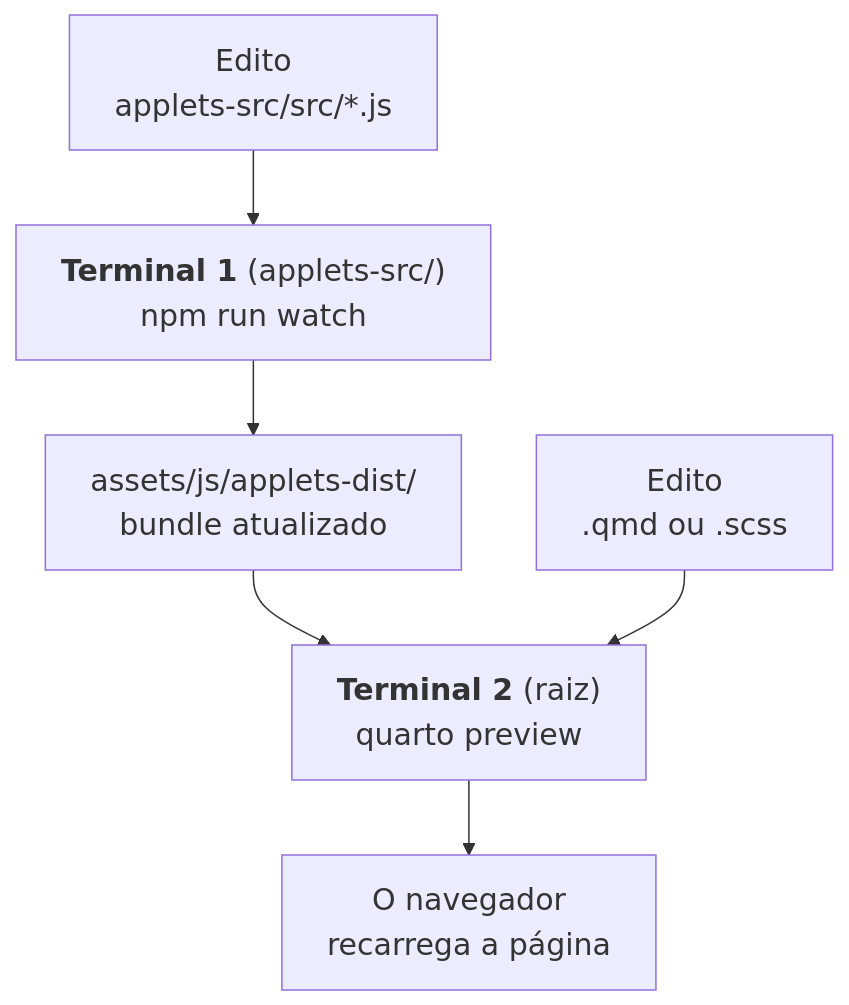
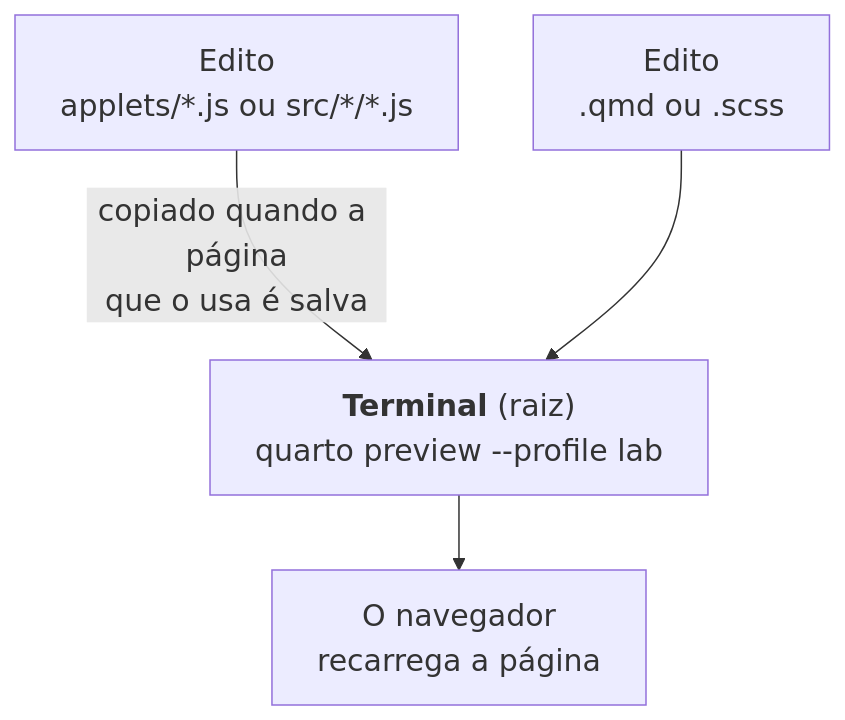
One commit to lcmerlo/livro-online-fcg changed the ninth of 9 diagrams in _interno/diretrizes/arquitetura.md. Above: the diagram before and after it, drawn with Mermaid. The commit also changed other lines of this file and 9 other files, not shown here.

````diff
--- a/_interno/diretrizes/arquitetura.md
+++ b/_interno/diretrizes/arquitetura.md
@@ -525,14 +494,12 @@
 ```mermaid
 %%{init: {"themeVariables": {"fontSize": "20px"}, "flowchart": {"wrappingWidth": 420}}}%%
 flowchart TD
-    edjs["Edito<br/>applets-src/src/*.js"]
-    w["<b>Terminal 1</b> (applets-src/)<br/>npm run watch"]
-    dist["assets/js/applets-dist/<br/>bundle atualizado"]
+    edjs["Edito<br/>applets/*.js ou src/*/*.js"]
     edqmd["Edito<br/>.qmd ou .scss"]
-    p["<b>Terminal 2</b> (raiz)<br/>quarto preview"]
+    p["<b>Terminal</b> (raiz)<br/>quarto preview --profile lab"]
     nav["O navegador<br/>recarrega a página"]
 
-    edjs --> w --> dist --> p
+    edjs -->|"copiado quando a página<br/>que o usa é salva"| p
     edqmd --> p
     p --> nav
 ```
````
